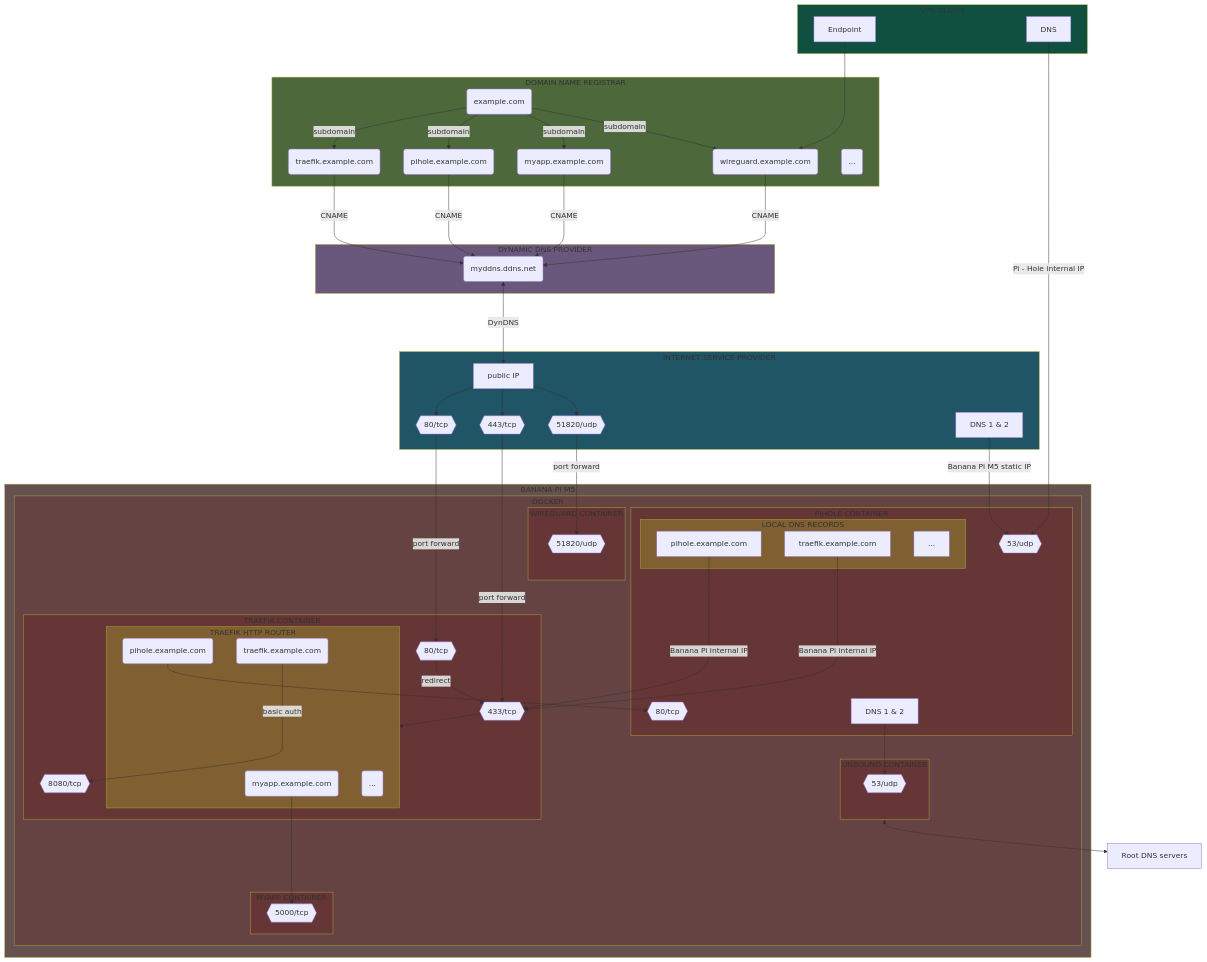
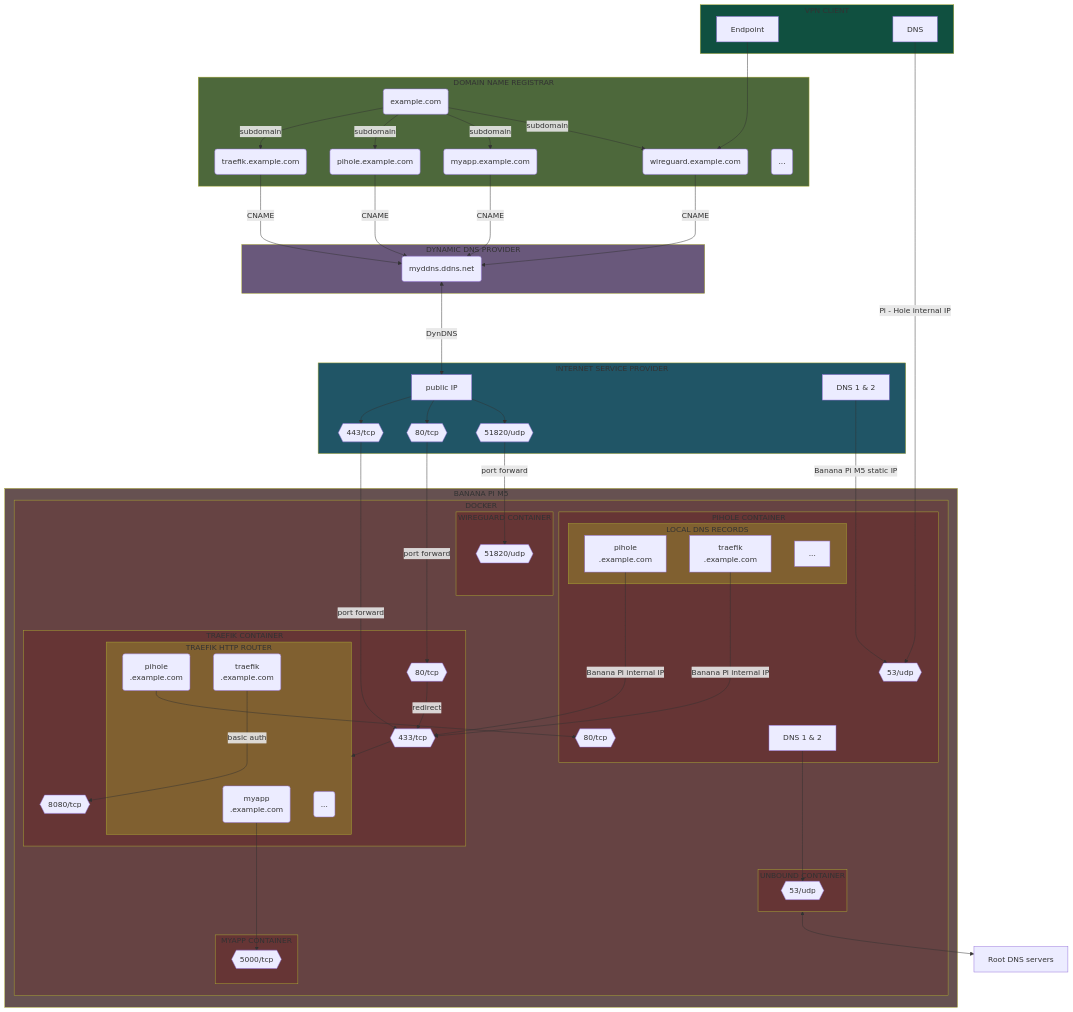
Before and after one commit to Yann39/self-hosted: the first of 9 diagrams in README.md, drawn with Mermaid. The commit also changed other lines of this file and 1 other file, not shown here.

````diff
--- a/README.md
+++ b/README.md
@@ -166,15 +167,15 @@
     DOCKER_TRAEFIK_PORT80{{80/tcp}}
     DOCKER_TRAEFIK_PORT8080{{8080/tcp}}
     DOCKER_UNBOUND_PORT53{{53/udp}}
-    TRAEFIK_ROUTER_MYAPP(myapp.example.com)
-    TRAEFIK_ROUTER_PIHOLE(pihole.example.com)
-    TRAEFIK_ROUTER_TRAEFIK(traefik.example.com)
+    TRAEFIK_ROUTER_MYAPP(myapp\n.example.com)
+    TRAEFIK_ROUTER_PIHOLE(pihole\n.example.com)
+    TRAEFIK_ROUTER_TRAEFIK(traefik\n.example.com)
     TRAEFIK_ROUTER_3DOTS(...)
     ROOT_DNS_SERVERS[Root DNS servers]
     DNS_ISP[DNS 1 & 2]
     DOCKER_PIHOLE_DNS[DNS 1 & 2]
-    PIHOLE_DNS_PIHOLE[pihole.example.com]
-    PIHOLE_DNS_TRAEFIK[traefik.example.com]
+    PIHOLE_DNS_PIHOLE[pihole\n.example.com]
+    PIHOLE_DNS_TRAEFIK[traefik\n.example.com]
     PIHOLE_DNS_3DOTS[...]
 
     subgraph VPN_CLIENT[VPN CLIENT]
@@ -199,8 +200,8 @@
 
     subgraph INTERNET_SERVICE_PROVIDER[INTERNET SERVICE PROVIDER]
         DDNS <--->|DynDNS| ROUTER
+        ROUTER --> ROUTER_PORT443
         ROUTER --> ROUTER_PORT80
-        ROUTER --> ROUTER_PORT443
         ROUTER --> ROUTER_PORT51820
         DNS_ISP
     end
@@ -248,7 +249,7 @@
 
     WIREGUARD_CLIENT_ENDPOINT ---> SUBDOMAIN_WIREGUARD
     WIREGUARD_CLIENT_DNS -->|Pi - Hole internal IP| DOCKER_PIHOLE_PORT53
-    DNS_ISP -->|Banana Pi M5 static IP| DOCKER_PIHOLE_PORT53
+    DNS_ISP ---->|Banana Pi M5 static IP| DOCKER_PIHOLE_PORT53
     ROUTER_PORT51820 -->|port forward| DOCKER_WIREGUARD_PORT51820
     ROUTER_PORT443 ---->|port forward| DOCKER_TRAEFIK_PORT443
     ROUTER_PORT80 -->|port forward| DOCKER_TRAEFIK_PORT80
@@ -259,6 +260,6 @@
     TRAEFIK_ROUTER_TRAEFIK --->|basic auth| DOCKER_TRAEFIK_PORT8080
     DOCKER_TRAEFIK_PORT443 --> TRAEFIK_ROUTER
     DOCKER_TRAEFIK_PORT80 -->|redirect| DOCKER_TRAEFIK_PORT443
-    DOCKER_PIHOLE_DNS --> DOCKER_UNBOUND_PORT53
+    DOCKER_PIHOLE_DNS ---> DOCKER_UNBOUND_PORT53
     UNBOUND_CONTAINER <--> ROOT_DNS_SERVERS
 ```
````
